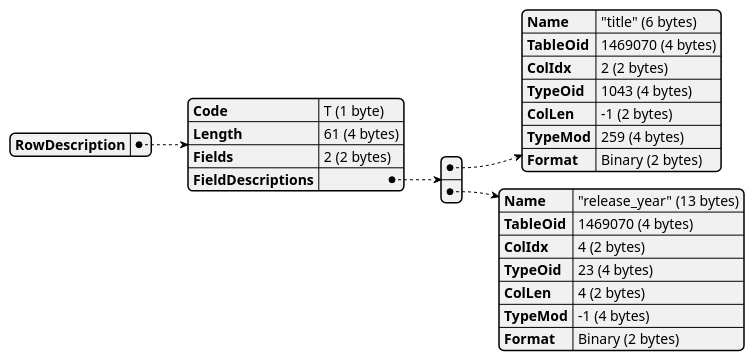
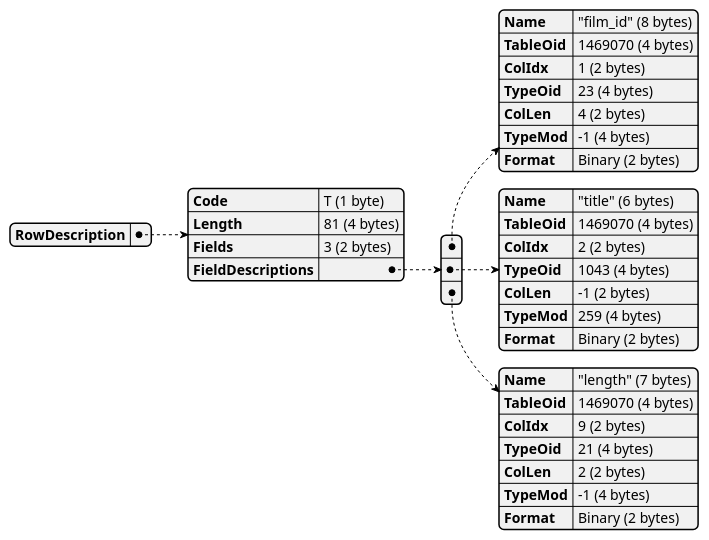
The eighth of 11 diagrams in docs/examples/exports/pagila-04-extended-query-unnamed-statement/capture.plantuml.pkt.md (xfischer/pg_protoexport), drawn with PlantUML before and after one commit. The commit also changed other lines of this file and 135 other files, not shown here.

````diff
--- a/docs/examples/exports/pagila-04-extended-query-unnamed-statement/capture.plantuml.pkt.md
+++ b/docs/examples/exports/pagila-04-extended-query-unnamed-statement/capture.plantuml.pkt.md
@@ -111,31 +117,40 @@
 ```plantuml
 @startjson
 {
   "RowDescription": {
     "Code": "T (1 byte)",
-    "Length": "61 (4 bytes)",
-    "Fields": "2 (2 bytes)",
+    "Length": "81 (4 bytes)",
+    "Fields": "3 (2 bytes)",
     "FieldDescriptions": [
+      {
+        "Name": "\"film_id\" (8 bytes)",
+        "TableOid": "1469070 (4 bytes)",
+        "ColIdx": "1 (2 bytes)",
+        "TypeOid": "23 (4 bytes)",
+        "ColLen": "4 (2 bytes)",
+        "TypeMod": "-1 (4 bytes)",
+        "Format": "Binary (2 bytes)"
+      },
       {
         "Name": "\"title\" (6 bytes)",
         "TableOid": "1469070 (4 bytes)",
         "ColIdx": "2 (2 bytes)",
         "TypeOid": "1043 (4 bytes)",
         "ColLen": "-1 (2 bytes)",
         "TypeMod": "259 (4 bytes)",
         "Format": "Binary (2 bytes)"
       },
       {
-        "Name": "\"release_year\" (13 bytes)",
+        "Name": "\"length\" (7 bytes)",
         "TableOid": "1469070 (4 bytes)",
-        "ColIdx": "4 (2 bytes)",
-        "TypeOid": "23 (4 bytes)",
-        "ColLen": "4 (2 bytes)",
+        "ColIdx": "9 (2 bytes)",
+        "TypeOid": "21 (4 bytes)",
+        "ColLen": "2 (2 bytes)",
         "TypeMod": "-1 (4 bytes)",
         "Format": "Binary (2 bytes)"
       }
     ]
   }
 }
 @endjson
 ```
````
